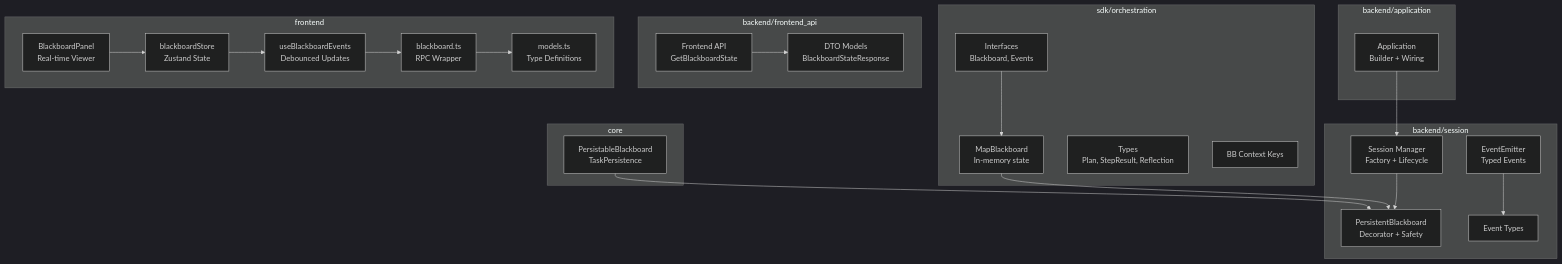
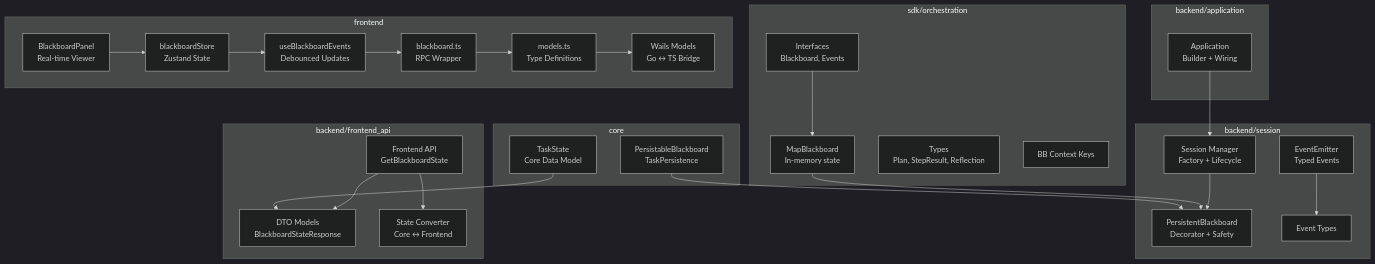
Before and after one commit to v0lka/c0wrk: the first of 11 diagrams in .qoder/repowiki/en/content/Memory and Context Management/Blackboard Architecture.md, drawn with Mermaid (dark theme). The commit also changed other lines of this file and 52 other files, not shown here.

````diff
--- a/.qoder/repowiki/en/content/Memory and Context Management/Blackboard Architecture.md
+++ b/.qoder/repowiki/en/content/Memory and Context Management/Blackboard Architecture.md
@@ -64,43 +67,49 @@
 ```mermaid
 graph TB
 subgraph "sdk/orchestration"
 BBInt["Interfaces<br/>Blackboard, Events"]
 BBMem["MapBlackboard<br/>In-memory state"]
 Types["Types<br/>Plan, StepResult, Reflection"]
 Ctx["BB Context Keys"]
 end
 subgraph "core"
 BBIntf["PersistableBlackboard<br/>TaskPersistence"]
+TaskState["TaskState<br/>Core Data Model"]
 end
 subgraph "backend/session"
 PBB["PersistentBlackboard<br/>Decorator + Safety"]
 EM["EventEmitter<br/>Typed Events"]
 EVT["Event Types"]
 MGR["Session Manager<br/>Factory + Lifecycle"]
 end
 subgraph "backend/application"
 APP["Application<br/>Builder + Wiring"]
 end
 subgraph "backend/frontend_api"
 API["Frontend API<br/>GetBlackboardState"]
 DTO["DTO Models<br/>BlackboardStateResponse"]
+Converter["State Converter<br/>Core ↔ Frontend"]
 end
 subgraph "frontend"
 VIEW["BlackboardPanel<br/>Real-time Viewer"]
 STORE["blackboardStore<br/>Zustand State"]
 EVENTS["useBlackboardEvents<br/>Debounced Updates"]
 APIFE["blackboard.ts<br/>RPC Wrapper"]
 MODELS["models.ts<br/>Type Definitions"]
+WAILS["Wails Models<br/>Go ↔ TS Bridge"]
 end
 BBInt --> BBMem
 BBIntf --> PBB
+TaskState --> DTO
 BBMem --> PBB
 EM --> EVT
 MGR --> PBB
 APP --> MGR
 API --> DTO
+API --> Converter
 VIEW --> STORE
 STORE --> EVENTS
 EVENTS --> APIFE
 APIFE --> MODELS
+MODELS --> WAILS
 ```
````
